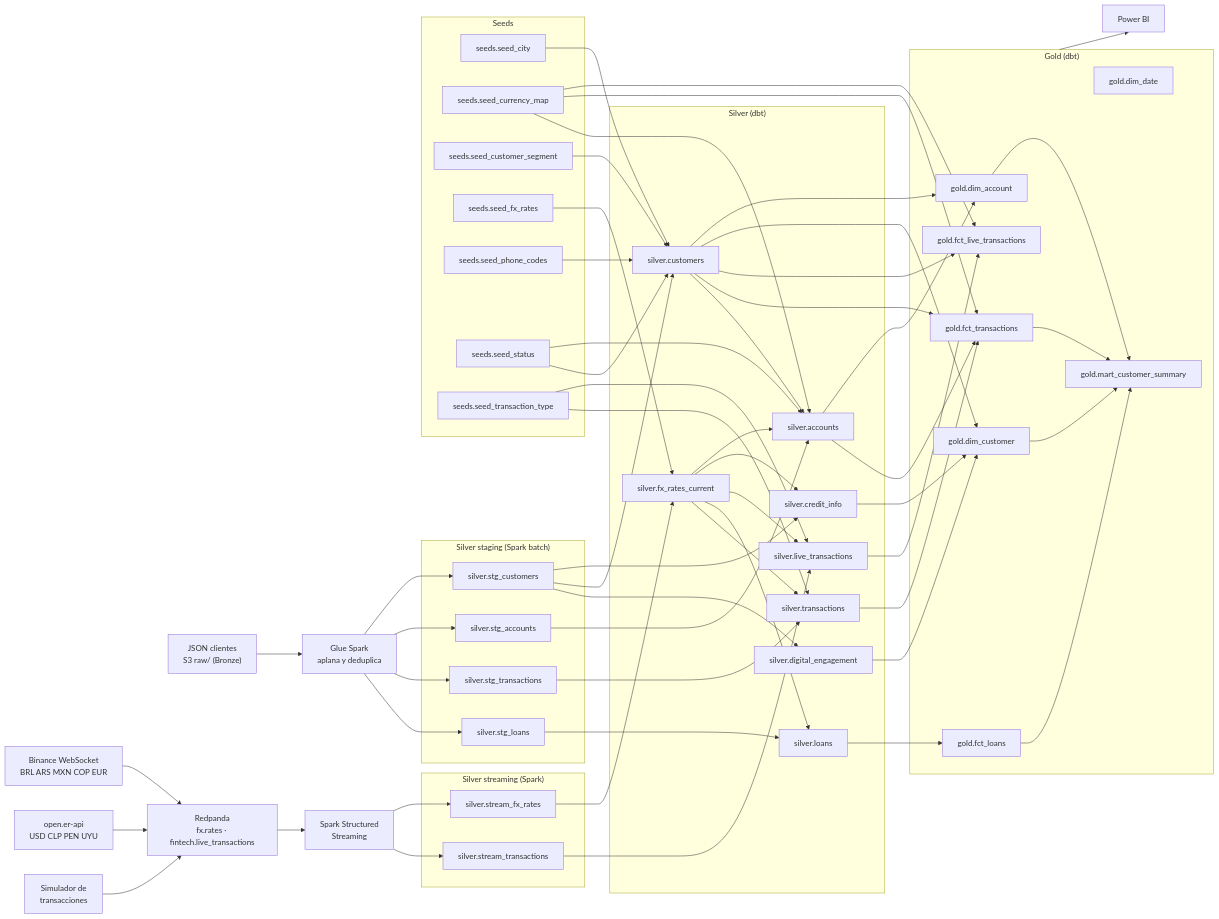
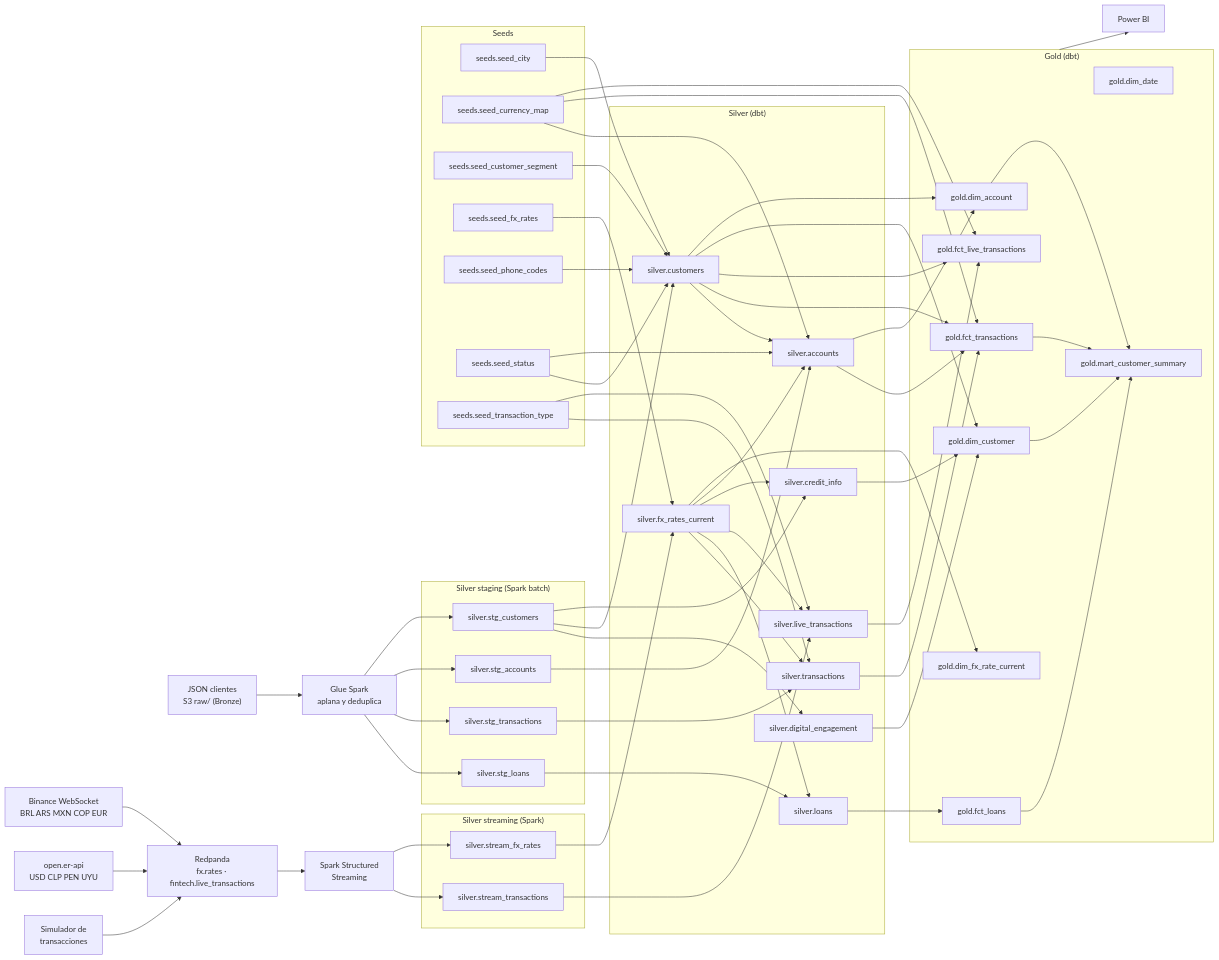
Before and after one commit to niosto/payload-analytics: the diagram in docs/governance/lineage.md, drawn with Mermaid. The commit also changed 3 other files, not shown here.

Commit message:
docs: regenerate governance catalog with dim_fx_rate_current

```diff
--- a/docs/governance/lineage.md
+++ b/docs/governance/lineage.md
@@ -45,6 +45,7 @@
     gold_dim_account["gold.dim_account"]
     gold_dim_customer["gold.dim_customer"]
     gold_dim_date["gold.dim_date"]
+    gold_dim_fx_rate_current["gold.dim_fx_rate_current"]
     gold_fct_live_transactions["gold.fct_live_transactions"]
     gold_fct_loans["gold.fct_loans"]
     gold_fct_transactions["gold.fct_transactions"]
@@ -80,6 +81,7 @@
   silver_customers --> gold_fct_transactions
   silver_customers --> silver_accounts
   silver_digital_engagement --> gold_dim_customer
+  silver_fx_rates_current --> gold_dim_fx_rate_current
   silver_fx_rates_current --> silver_accounts
   silver_fx_rates_current --> silver_credit_info
   silver_fx_rates_current --> silver_live_transactions
```
